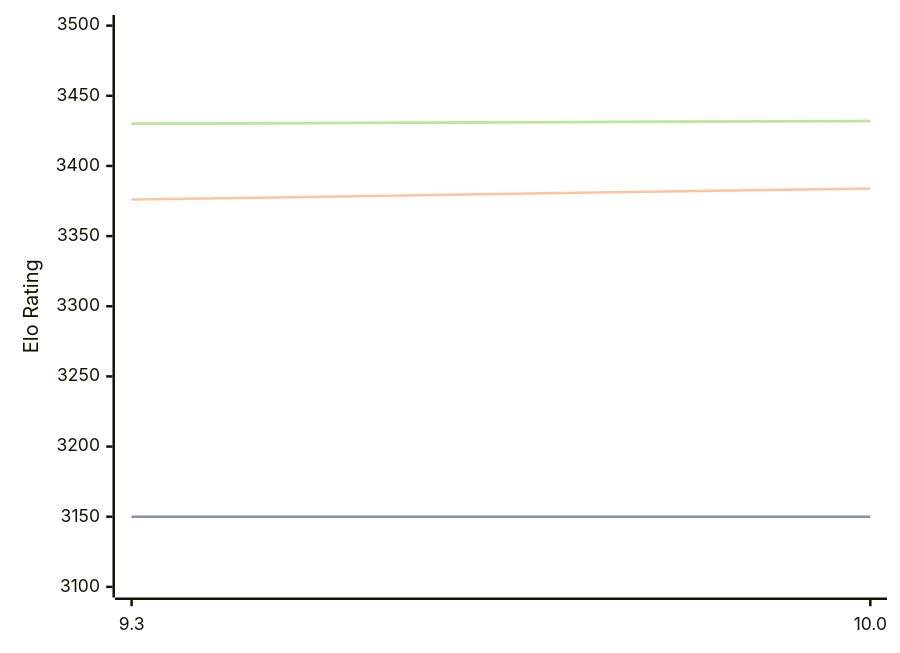
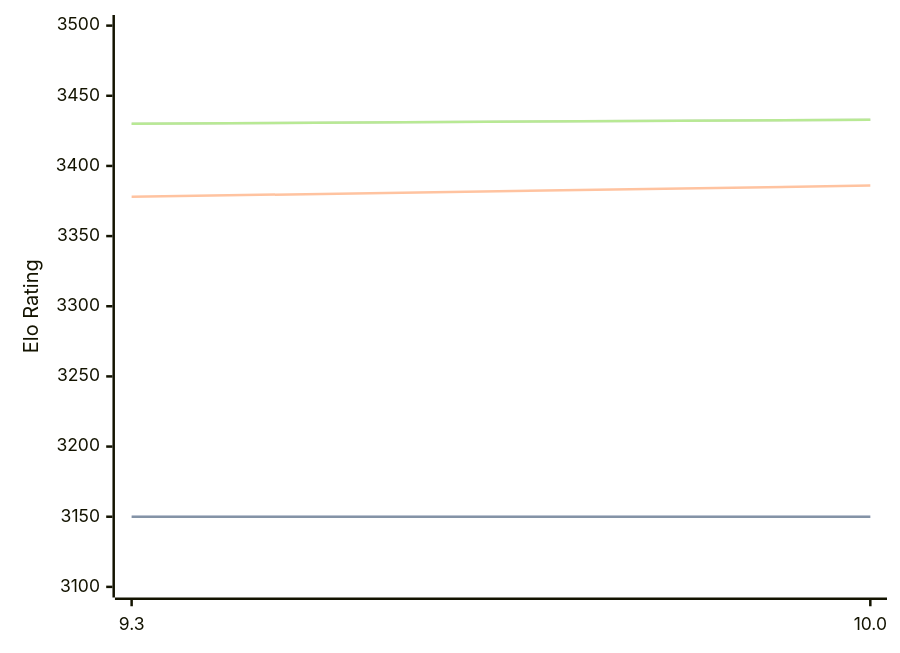
The diagram in engines/Fire.md (computer-chess-index/cci), drawn with Mermaid before and after one commit. The commit also changed other lines of this file, not shown here.

Commit message:
Update CCI Ratings (ELO VLTC) - 2026-09-09

````diff
--- a/engines/Fire.md
+++ b/engines/Fire.md
@@ -32,11 +32,11 @@
 ```mermaid
 %%{init: {"theme":"base","themeVariables":{"seriesColors:['#a3a3a3','#222221','#faa371']}}}%%
 xychart-beta
   x-axis ["9.3", "10.0"]
   y-axis "Elo Rating" 3100 --> 3500
   line "" [3150, 3150]
   line "STC (8.0+0.08s)" [3150, 3150]
-  line "LTC (60.0+0.60s)" [3376, 3384]
-  line "" [3430, 3432]
-  line "VLTC (2m24s+1.12s)" [3430, 3432]
+  line "LTC (60.0+0.60s)" [3378, 3386]
+  line "" [3430, 3433]
+  line "VLTC (2m24s+1.12s)" [3430, 3433]
 ```
````
